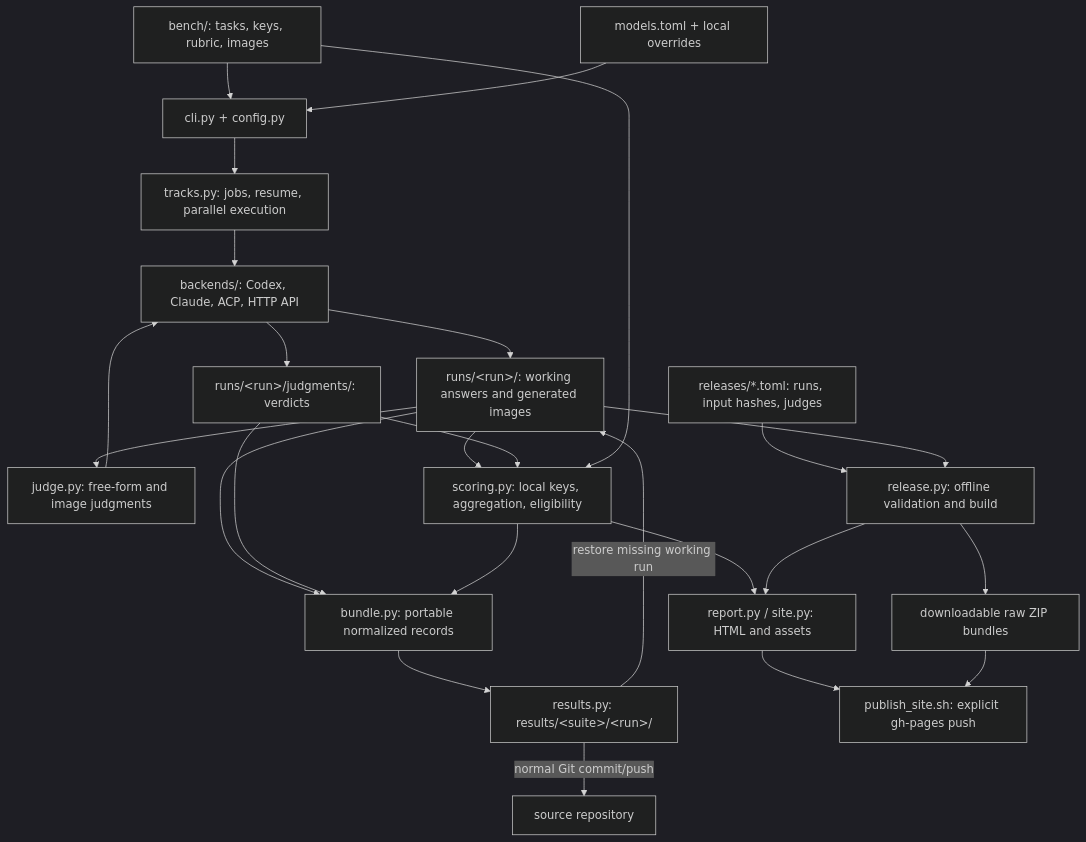
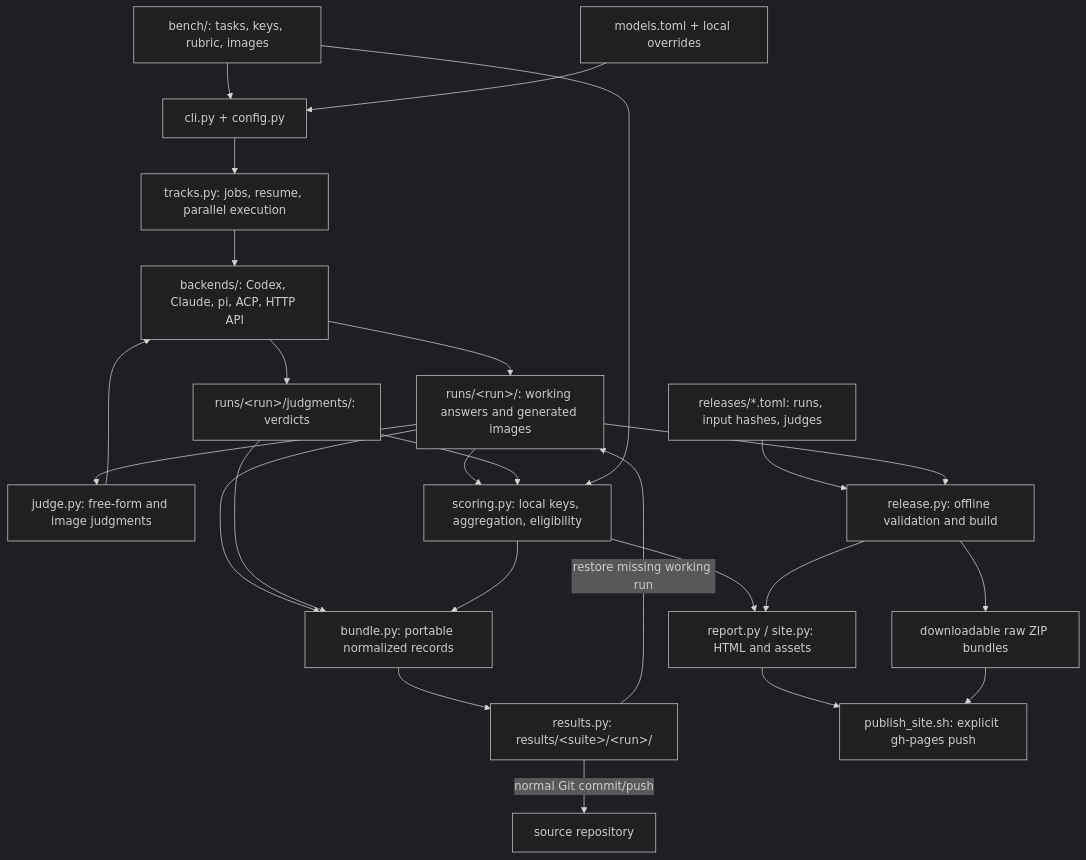
One commit to wusitee/nai-wai-bench changed the diagram in docs/architecture.md. Above: the diagram before and after it, drawn with Mermaid (dark theme). The commit also changed other lines of this file and 25 other files, not shown here.

````diff
--- a/docs/architecture.md
+++ b/docs/architecture.md
@@ -8,27 +8,27 @@
 ```mermaid
 flowchart TD
     D["bench/: tasks, keys, rubric, images"] --> C["cli.py + config.py"]
     M["models.toml + local overrides"] --> C
     C --> T["tracks.py: jobs, resume, parallel execution"]
-    T --> B["backends/: Codex, Claude, ACP, HTTP API"]
+    T --> B["backends/: Codex, Claude, pi, ACP, HTTP API"]
     B --> R["runs/&lt;run&gt;/: working answers and generated images"]
     R --> J["judge.py: free-form and image judgments"]
     J --> B
     B --> V["runs/&lt;run&gt;/judgments/: verdicts"]
     R --> S["scoring.py: local keys, aggregation, eligibility"]
     V --> S
     D --> S
     S --> P["report.py / site.py: HTML and assets"]
     R --> E["bundle.py: portable normalized records"]
     V --> E
     S --> E
     E --> G["results.py: results/&lt;suite&gt;/&lt;run&gt;/"]
     G -->|"restore missing working run"| R
     G -->|"normal Git commit/push"| O["source repository"]
     F["releases/*.toml: runs, input hashes, judges"] --> L["release.py: offline validation and build"]
     R --> L
     L --> P
     L --> Z["downloadable raw ZIP bundles"]
     P --> H["publish_site.sh: explicit gh-pages push"]
     Z --> H
 ```
````
